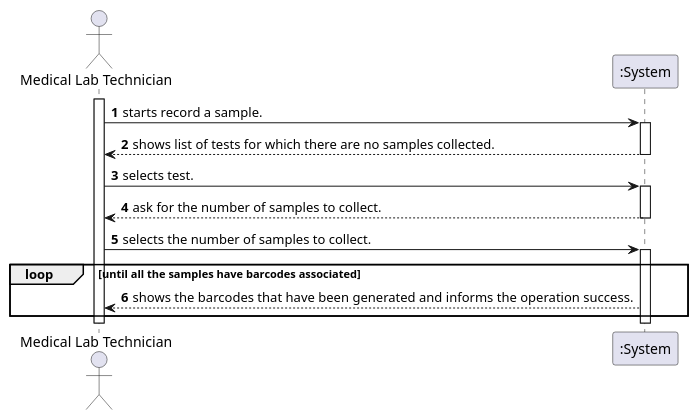
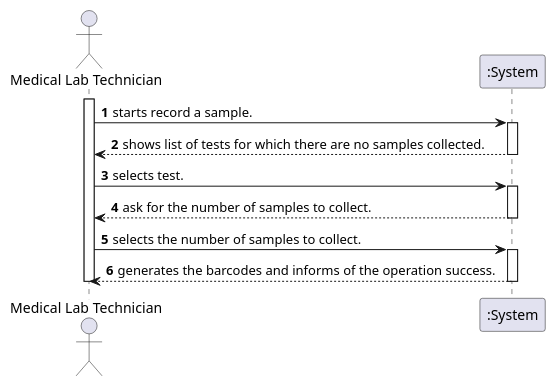
The diagram in docs/SprintC/US_5/UC5_SSD.puml (RuiRioPina/LAPR2-20-21), drawn with PlantUML before and after one commit. The commit also changed 6 other files, not shown here.

```diff
--- a/docs/SprintC/US_5/UC5_SSD.puml
+++ b/docs/SprintC/US_5/UC5_SSD.puml
@@ -1,24 +1,22 @@
 @startuml
 autonumber
 actor "Medical Lab Technician" as MEDLT
 
 activate MEDLT
 MEDLT-> ":System" : starts record a sample. 
 activate ":System"
 ":System" --> MEDLT : shows list of tests for which there are no samples collected.
 deactivate ":System"
 
 MEDLT -> ":System" : selects test.
 activate ":System"
 ":System" --> MEDLT : ask for the number of samples to collect.
 deactivate ":System"
 
 MEDLT -> ":System" : selects the number of samples to collect.
 activate ":System"
-loop until all the samples have barcodes associated
-	":System" --> MEDLT : shows the barcodes that have been generated and informs the operation success.
-end
+":System" --> MEDLT : generates the barcodes and informs of the operation success.
 deactivate ":System"
 
 deactivate MEDLT
 @enduml
```
